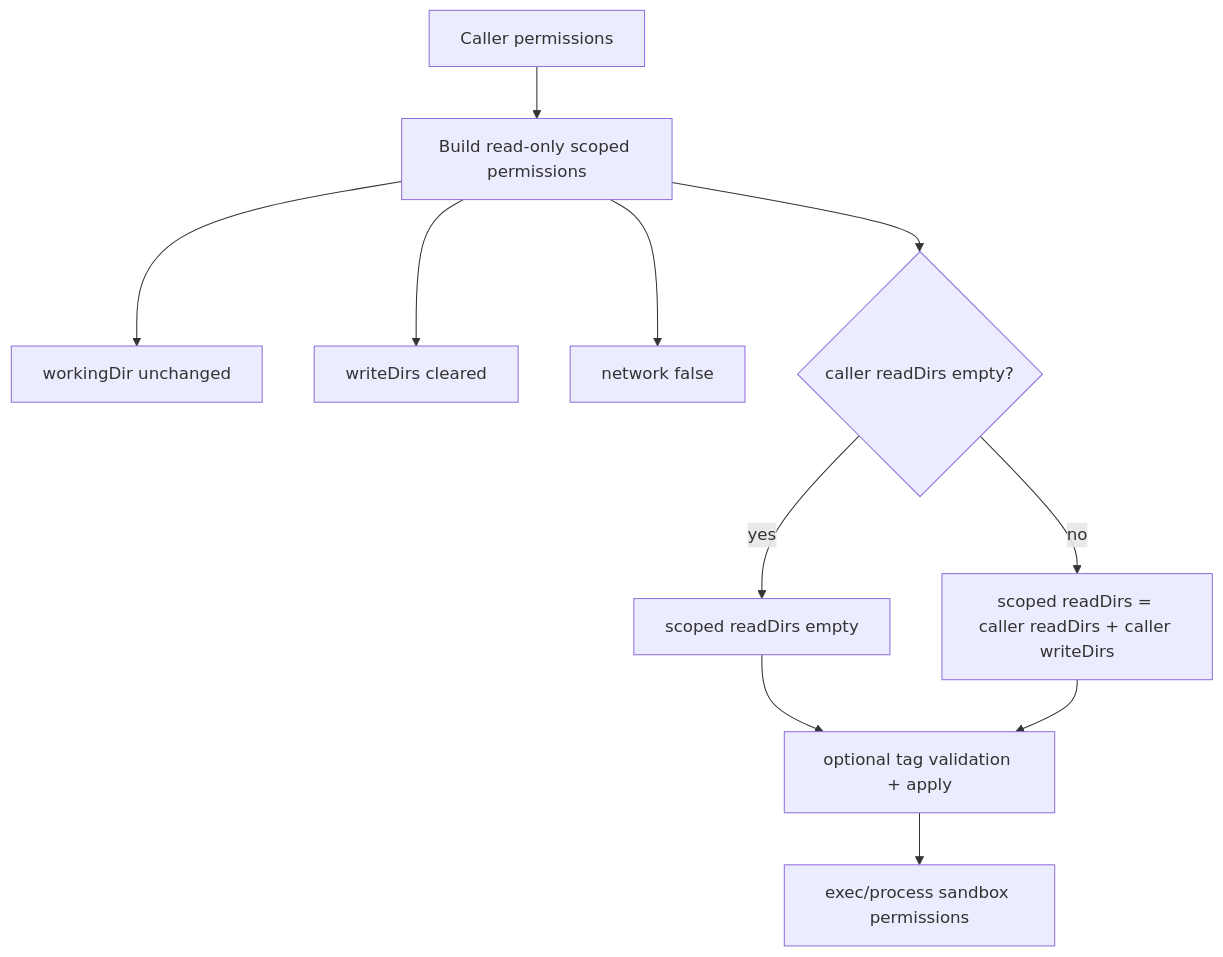
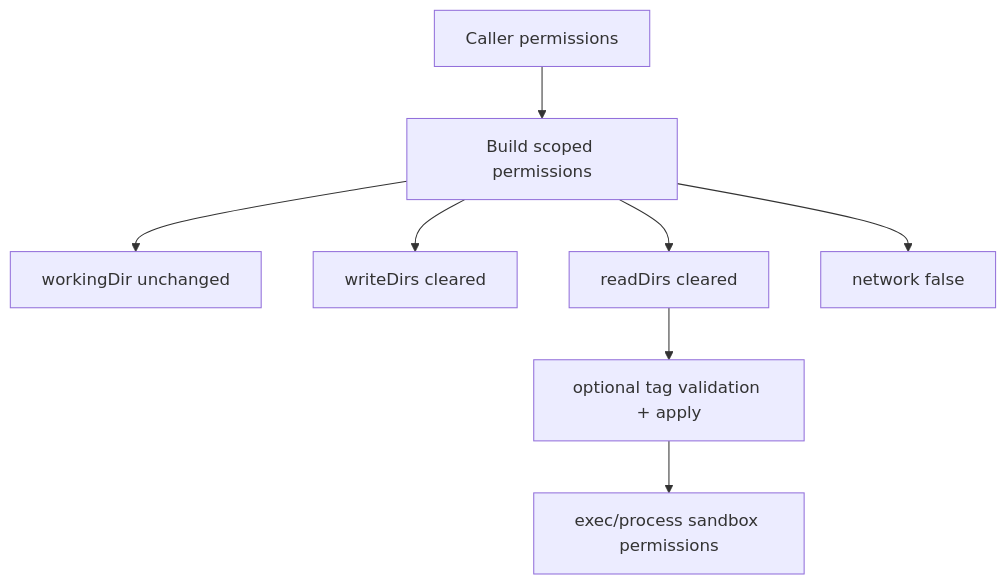
The sixth of 9 diagrams in docs/permissions.md (ex3ndr/claybot), drawn with Mermaid before and after one commit. The commit also changed other lines of this file and 10 other files, not shown here.

Commit message:
fix(shell): ignore readDirs for tool-call reads

````diff
--- a/docs/permissions.md
+++ b/docs/permissions.md
@@ -132,13 +126,10 @@
 ```mermaid
 flowchart TD
-  A[Caller permissions] --> B[Build read-only scoped permissions]
+  A[Caller permissions] --> B[Build scoped permissions]
   B --> C[workingDir unchanged]
   B --> D[writeDirs cleared]
+  B --> D2[readDirs cleared]
   B --> E[network false]
-  B --> F{caller readDirs empty?}
-  F -- yes --> G[scoped readDirs empty]
-  F -- no --> H[scoped readDirs = caller readDirs + caller writeDirs]
-  G --> I[optional tag validation + apply]
-  H --> I
+  D2 --> I[optional tag validation + apply]
   I --> J[exec/process sandbox permissions]
 ```
````
